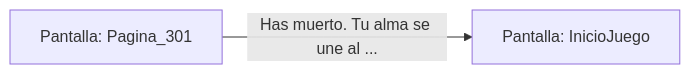
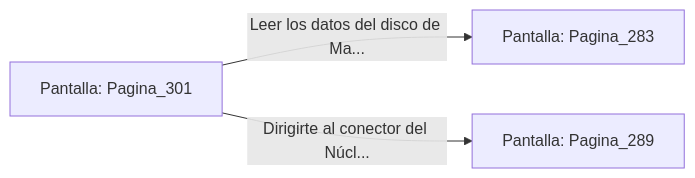
The diagram in sample/eligejuego-vault/Pantalla_Pagina_301.md (metsuke/mpl), drawn with Mermaid before and after one commit. The commit also changed other lines of this file and 635 other files, not shown here.

First line of the commit message:
fix: añadir Pagina_1 como pantalla inicial en capitulo_01.mpl

````diff
--- a/sample/eligejuego-vault/Pantalla_Pagina_301.md
+++ b/sample/eligejuego-vault/Pantalla_Pagina_301.md
@@ -17,5 +24,6 @@
 ```mermaid
 graph LR
     P_Pagina_301["Pantalla: Pagina_301"]
-    P_Pagina_301 -->|"Has muerto. Tu alma se une al ..."| P_InicioJuego["Pantalla: InicioJuego"]
+    P_Pagina_301 -->|"Leer los datos del disco de Ma..."| P_Pagina_283["Pantalla: Pagina_283"]
+    P_Pagina_301 -->|"Dirigirte al conector del Núcl..."| P_Pagina_289["Pantalla: Pagina_289"]
 ```
````
